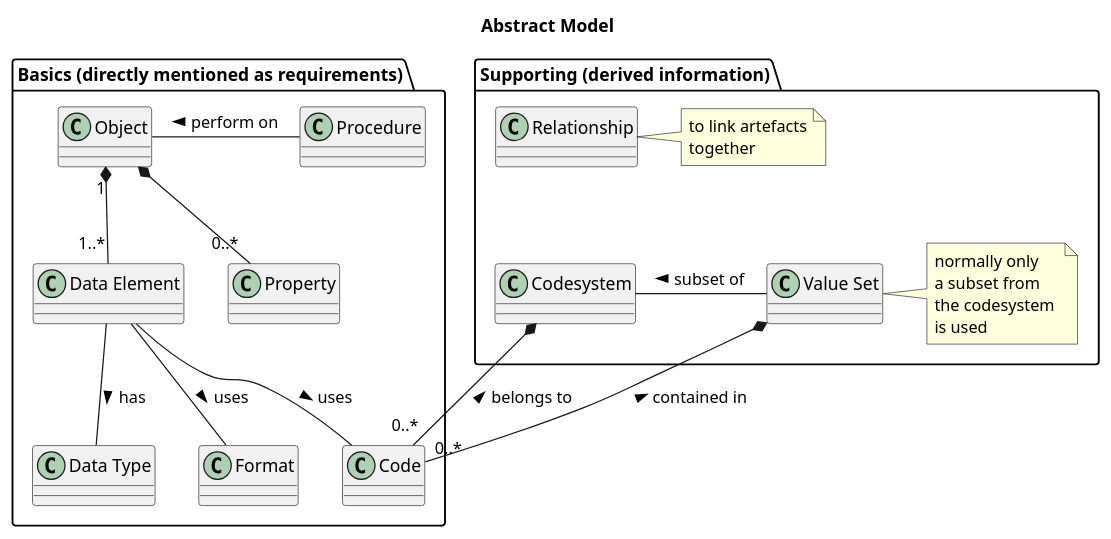
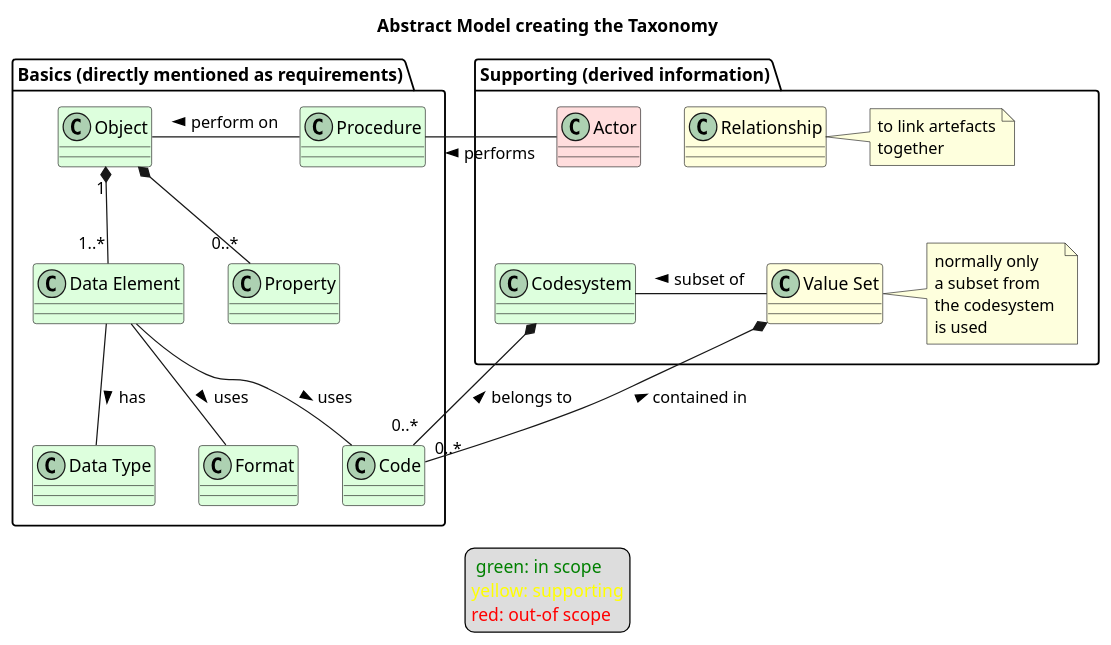
The diagram in input/images-source/abstractmodel.plantuml (hl7-eu/medtechlabel-wp2-im), drawn with PlantUML before and after one commit. The commit also changed 10 other files, not shown here.

```diff
--- a/input/images-source/abstractmodel.plantuml
+++ b/input/images-source/abstractmodel.plantuml
@@ -1,62 +1,71 @@
 @startuml
 
 'skinparam svgDimensionStyle false
 
-title Abstract Model
+title Abstract Model creating the Taxonomy
 
 package "Basics (directly mentioned as requirements)" {
 
-class "Property" as prop
+class "Property" as prop #dfd
 
-class "Object" as obj
+class "Object" as obj #dfd
 
-class "Data Element" as de
+class "Data Element" as de #dfd
 
 obj "1" *-- "1..*" de
 obj *-- "0..*" prop
 
-class "Data Type" as dt
-class "Format" as format
+class "Data Type" as dt #dfd
+class "Format" as format #dfd
 
 de -- dt : has >
 de -- format : uses >
 
 
-class "Code" as code
+class "Code" as code #dfd
 
 de -- code : uses >
 
-class "Procedure" as proc
+class "Procedure" as proc #dfd
 
 proc -left- obj : perform on >
 
 }
 
 package "Supporting (derived information)" {
 
-class "Relationship" as rel
+class "Relationship" as rel #ffd
 Note right of rel
 to link artefacts
 together
 end Note
 
-class "Codesystem" as cs
-class "Value Set" as vs
+class "Actor" as a #fdd
+
+class "Codesystem" as cs #dfd
+class "Value Set" as vs #ffd
 Note right of vs
 normally only 
 a subset from 
 the codesystem 
 is used
 end Note
 
 vs -left- cs : subset of >
 
 rel -[hidden]down- cs
 
 }
 
+proc -right- a  : performs <
+
 cs *-- "0..*" code : belongs to <
 vs *-- "0..*" code : contained in <
 
+legend
+<font color=green> green: in scope</font>
+<font color=yellow>yellow: supporting</font>
+<font color=red>red: out-of scope</font>
+end legend
 
 @enduml
```
